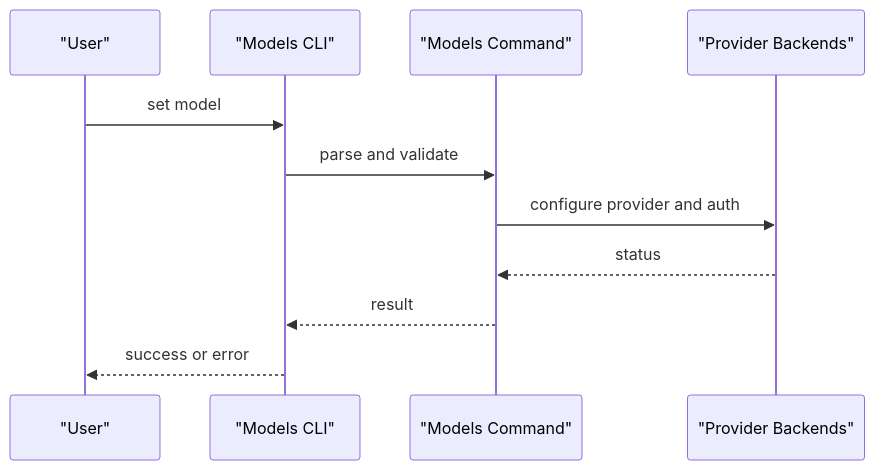
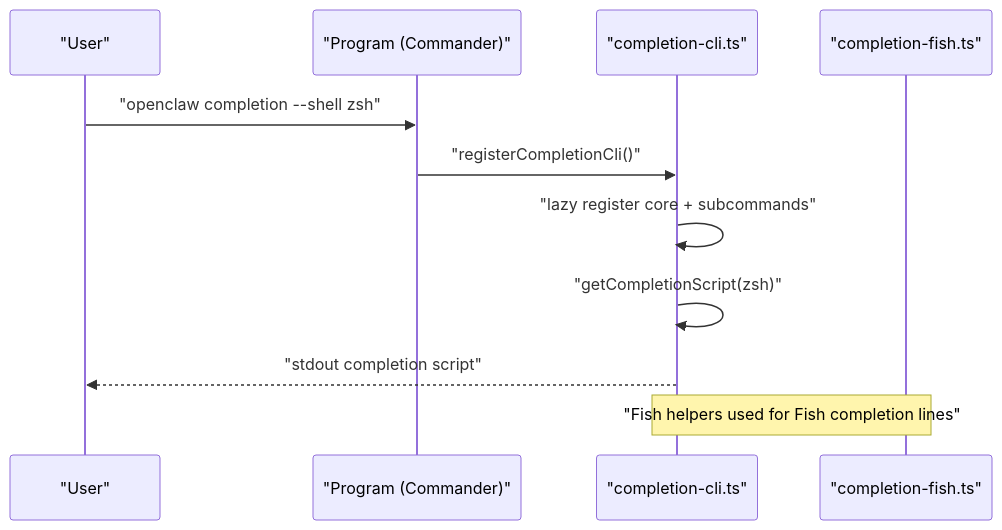
Before and after one commit to botx-work/OpenClaw-Internals: the second of 6 diagrams in repowiki/en/content/CLI Interface/Utility Commands.md, drawn with Mermaid. The commit also changed other lines of this file and 332 other files, not shown here.

````diff
--- a/repowiki/en/content/CLI Interface/Utility Commands.md
+++ b/repowiki/en/content/CLI Interface/Utility Commands.md
@@ -255,13 +104,13 @@
 ```mermaid
 sequenceDiagram
 participant U as "User"
-participant CLI as "Models CLI"
-participant CMD as "Models Command"
-participant Prov as "Provider Backends"
-U->>CLI : set model
-CLI->>CMD : parse and validate
-CMD->>Prov : configure provider and auth
-Prov-->>CMD : status
-CMD-->>CLI : result
-CLI-->>U : success or error
+participant P as "Program (Commander)"
+participant CC as "completion-cli.ts"
+participant CF as "completion-fish.ts"
+U->>P : "openclaw completion --shell zsh"
+P->>CC : "registerCompletionCli()"
+CC->>CC : "lazy register core + subcommands"
+CC->>CC : "getCompletionScript(zsh)"
+CC-->>U : "stdout completion script"
+Note over CC,CF : "Fish helpers used for Fish completion lines"
 ```
````
